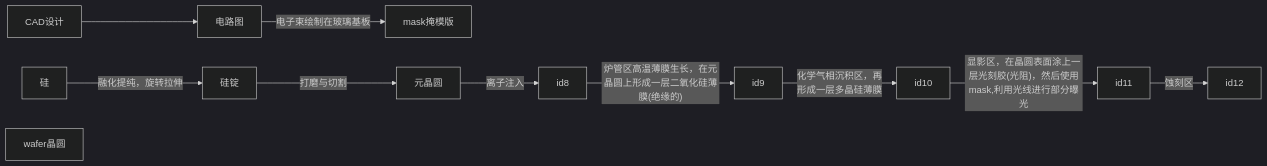
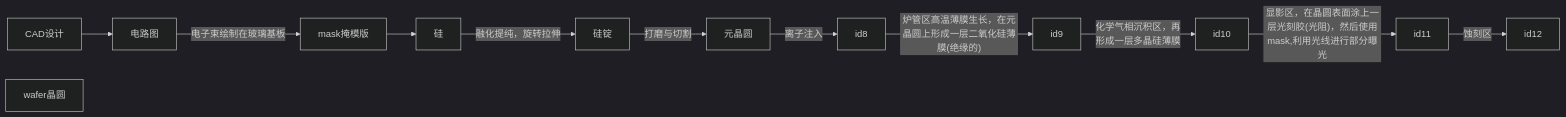
Before and after one commit to feiji111/Notebook: the diagram in 计组/计组.md, drawn with Mermaid (dark theme). The commit also changed 6 other files, not shown here.

````diff
--- a/计组/计组.md
+++ b/计组/计组.md
@@ -19,17 +19,16 @@
 ```mermaid
 flowchart LR
 id1[CAD设计]
 id2[电路图]
 id3[mask掩模版]
 id4[硅]
 id5[硅锭]
 id6[元晶圆]
 id7[wafer晶圆]
 id8
 id9
 id10
 id11
 
-id1 --> id2 --电子束绘制在玻璃基板--> id3 
-id4 --融化提纯，旋转拉伸-->id5 --打磨与切割--> id6 --离子注入--> id8 --炉管区高温薄膜生长，在元\n晶圆上形成一层二氧化硅薄膜(绝缘的)--> id9 --化学气相沉积区，再\n形成一层多晶硅薄膜--> id10 --显影区，在晶圆表面涂上一层光刻胶(光阻)，然后使用mask,利用光线进行部分曝光--> id11 --蚀刻区--> id12
+id1 --> id2 --电子束绘制在玻璃基板--> id3 --> id4 --融化提纯，旋转拉伸--> id5 --打磨与切割--> id6 --离子注入--> id8 --炉管区高温薄膜生长，在元\n晶圆上形成一层二氧化硅薄膜(绝缘的)--> id9 --化学气相沉积区，再\n形成一层多晶硅薄膜--> id10 --显影区，在晶圆表面涂上一层光刻胶(光阻)，然后使用mask,利用光线进行部分曝光--> id11 --蚀刻区--> id12
 ```
````
